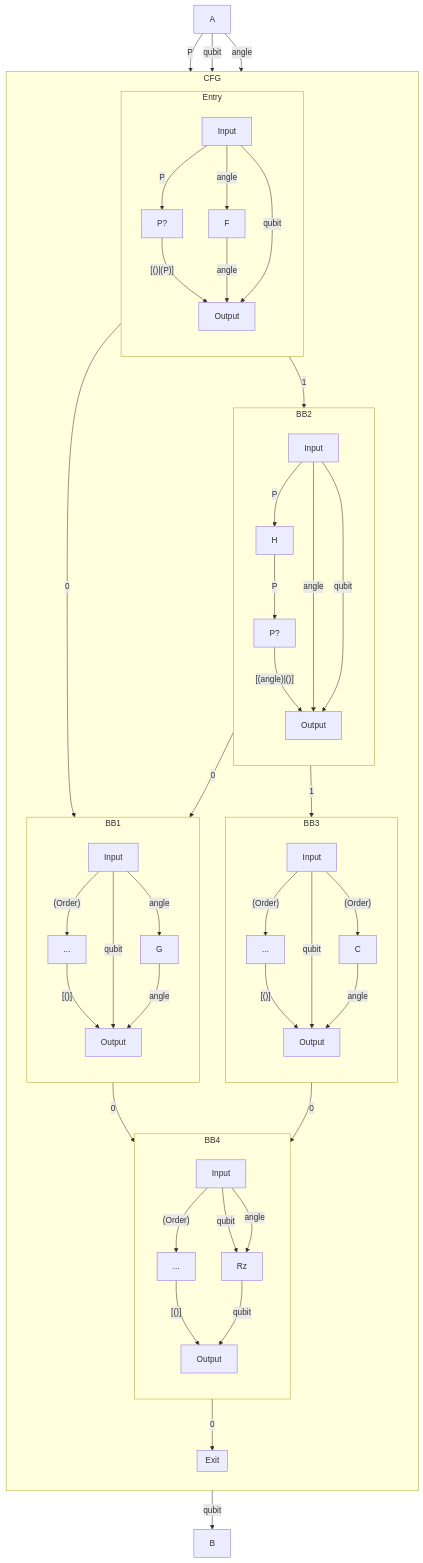
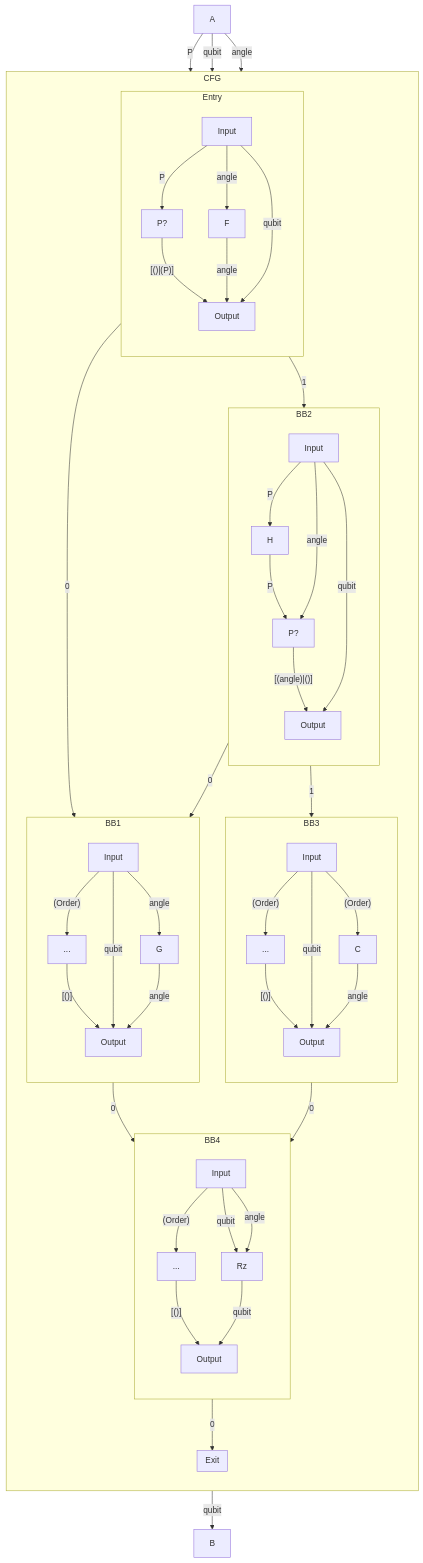
One commit to CQCL/hugr changed the fourth of 5 diagrams in specification/hugr.md. Above: the diagram before and after it, drawn with Mermaid. The commit also changed other lines of this file, not shown here.

````diff
--- a/specification/hugr.md
+++ b/specification/hugr.md
@@ -448,58 +448,58 @@
 ```mermaid
 flowchart
     subgraph CFG
         direction TB
         subgraph Entry
             direction TB
             EntryIn["Input"] -- "angle" --> F
             EntryIn -- "P" --> Entry_["P?"]
             Entry_ -- "[()|(P)]" --> EntryOut["Output"]
             F -- "angle" --> EntryOut
             EntryIn -- "qubit" --> EntryOut
         end
         subgraph BB1
             direction TB
             BB1In["Input"] -- "angle" --> G
             BB1In -- "(Order)" --> BB1_["..."]
             BB1_ -- "[()]" --> BB1Out["Output"]
             BB1In -- "qubit" --> BB1Out
             G -- "angle" --> BB1Out
         end
         subgraph BB2
             direction TB
             BB2In["Input"] -- "P" --> H -- "P" --> BB2_["P?"]
             BB2_ -- "[(angle)|()]" --> BB2Out["Output"]
-            BB2In -- "angle" --> BB2Out
+            BB2In -- "angle" --> BB2_
             BB2In -- "qubit" --> BB2Out
         end
         subgraph BB3
             direction TB
             BB3In["Input"] -- "(Order)" --> C
             BB3In -- "(Order)" --> BB3_["..."]
             BB3_ -- "[()]" --> BB3Out["Output"]
             BB3In -- "qubit" --> BB3Out
             C -- "angle" --> BB3Out
         end
         subgraph BB4
             direction TB
             BB4In["Input"] -- "qubit" --> Rz
             BB4In -- "angle" --> Rz
             BB4In -- "(Order)" --> BB4_["..."]
             BB4_ -- "[()]" --> BB4Out["Output"]
             Rz -- "qubit" --> BB4Out
         end
         subgraph Exit
         end
         Entry -- "0" --> BB1
         Entry -- "1" --> BB2
         BB2 -- "0" --> BB1
         BB2 -- "1" --> BB3
         BB1 -- "0" --> BB4
         BB3 -- "0" --> BB4
         BB4 -- "0" --> Exit
     end
     A -- "P" --> CFG
     A -- "qubit" --> CFG
     A -- "angle" --> CFG
     CFG -- "qubit" --> B
 ```
````
